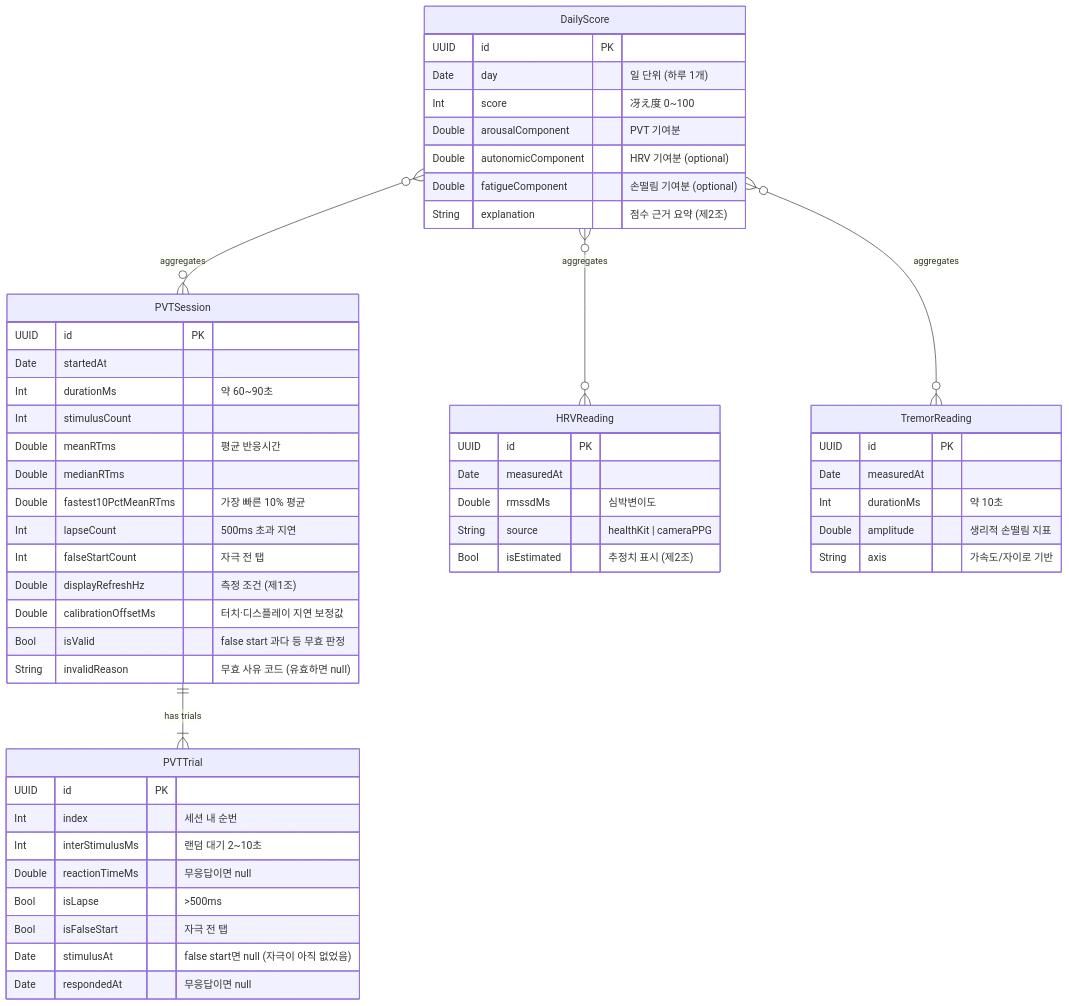
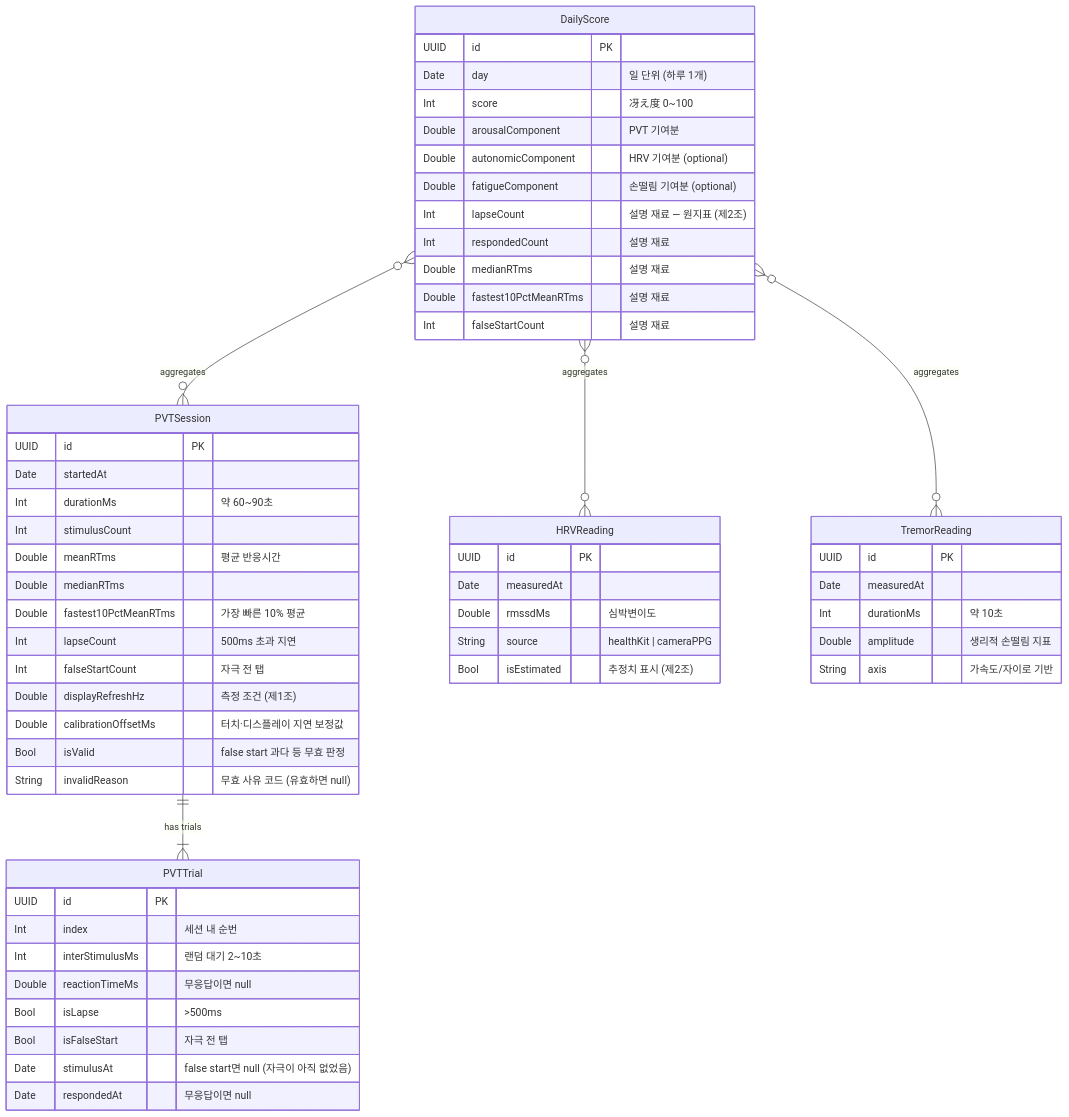
Before and after one commit to 2daKaizen-gun/sae: the diagram in docs/data-model.md, drawn with Mermaid. The commit also changed other lines of this file and 5 other files, not shown here.

````diff
--- a/docs/data-model.md
+++ b/docs/data-model.md
@@ -22,60 +22,64 @@
 ```mermaid
 erDiagram
     PVTSession ||--|{ PVTTrial : "has trials"
     DailyScore }o--o{ PVTSession : "aggregates"
     DailyScore }o--o{ HRVReading : "aggregates"
     DailyScore }o--o{ TremorReading : "aggregates"
 
     PVTSession {
         UUID id PK
         Date startedAt
         Int durationMs "약 60~90초"
         Int stimulusCount
         Double meanRTms "평균 반응시간"
         Double medianRTms
         Double fastest10PctMeanRTms "가장 빠른 10% 평균"
         Int lapseCount "500ms 초과 지연"
         Int falseStartCount "자극 전 탭"
         Double displayRefreshHz "측정 조건 (제1조)"
         Double calibrationOffsetMs "터치·디스플레이 지연 보정값"
         Bool isValid "false start 과다 등 무효 판정"
         String invalidReason "무효 사유 코드 (유효하면 null)"
     }
 
     PVTTrial {
         UUID id PK
         Int index "세션 내 순번"
         Int interStimulusMs "랜덤 대기 2~10초"
         Double reactionTimeMs "무응답이면 null"
         Bool isLapse ">500ms"
         Bool isFalseStart "자극 전 탭"
         Date stimulusAt "false start면 null (자극이 아직 없었음)"
         Date respondedAt "무응답이면 null"
     }
 
     HRVReading {
         UUID id PK
         Date measuredAt
         Double rmssdMs "심박변이도"
         String source "healthKit | cameraPPG"
         Bool isEstimated "추정치 표시 (제2조)"
     }
 
     TremorReading {
         UUID id PK
         Date measuredAt
         Int durationMs "약 10초"
         Double amplitude "생리적 손떨림 지표"
         String axis "가속도/자이로 기반"
     }
 
     DailyScore {
         UUID id PK
         Date day "일 단위 (하루 1개)"
         Int score "冴え度 0~100"
         Double arousalComponent "PVT 기여분"
         Double autonomicComponent "HRV 기여분 (optional)"
         Double fatigueComponent "손떨림 기여분 (optional)"
-        String explanation "점수 근거 요약 (제2조)"
+        Int lapseCount "설명 재료 — 원지표 (제2조)"
+        Int respondedCount "설명 재료"
+        Double medianRTms "설명 재료"
+        Double fastest10PctMeanRTms "설명 재료"
+        Int falseStartCount "설명 재료"
     }
 ```
````
